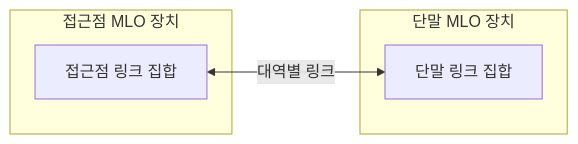
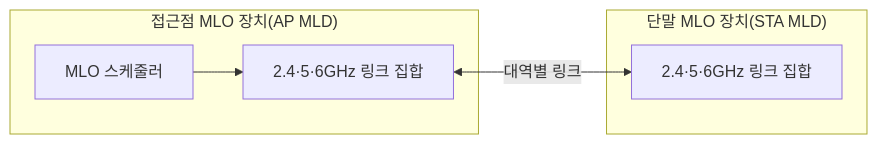
The first of 2 diagrams in src/content/docs/notes/04-network/033_wi_fi_7.md (agnusdei1207/knowledge-base), drawn with Mermaid before and after one commit. The commit also changed other lines of this file and 7 other files, not shown here.

````diff
--- a/src/content/docs/notes/04-network/033_wi_fi_7.md
+++ b/src/content/docs/notes/04-network/033_wi_fi_7.md
@@ -53,10 +52,12 @@
 ```mermaid
 flowchart LR
-  subgraph A["접근점 MLO 장치"]
-    AL["접근점 링크 집합"]
+  subgraph A["접근점 MLO 장치(AP MLD)"]
+    AS["MLO 스케줄러"]
+    AL["2.4·5·6GHz 링크 집합"]
+    AS --> AL
   end
-  subgraph S["단말 MLO 장치"]
-    SL["단말 링크 집합"]
+  subgraph S["단말 MLO 장치(STA MLD)"]
+    SL["2.4·5·6GHz 링크 집합"]
   end
   AL <-->|"대역별 링크"| SL
 ```
````
